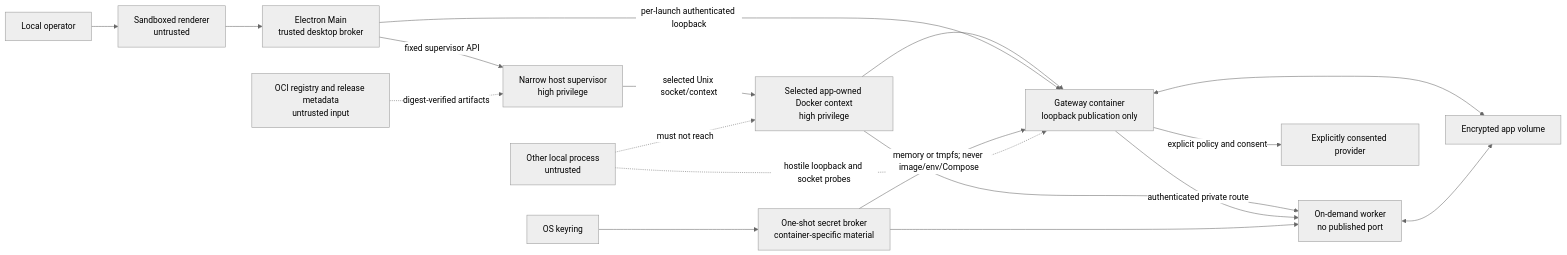
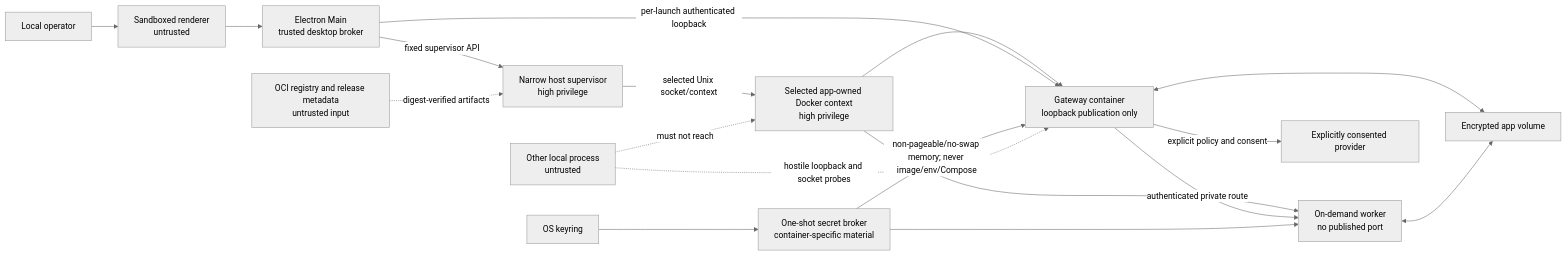
The second of 3 diagrams in docs/THREAT_MODEL.md (sodejm/AncestryLLM), drawn with Mermaid (neutral theme) before and after one commit. The commit also changed other lines of this file and 5 other files, not shown here.

Commit message:
docs: address deployment architecture review

````diff
--- a/docs/THREAT_MODEL.md
+++ b/docs/THREAT_MODEL.md
@@ -149,32 +149,32 @@
 ```mermaid
 flowchart LR
     User["Local operator"]
     Renderer["Sandboxed renderer\nuntrusted"]
     Main["Electron Main\ntrusted desktop broker"]
     Supervisor["Narrow host supervisor\nhigh privilege"]
     Engine["Selected app-owned Docker context\nhigh privilege"]
     Gateway["Gateway container\nloopback publication only"]
     Worker["On-demand worker\nno published port"]
     Keyring["OS keyring"]
     Broker["One-shot secret broker\ncontainer-specific material"]
     Volume["Encrypted app volume"]
     Provider["Explicitly consented provider"]
     LocalProcess["Other local process\nuntrusted"]
     Registry["OCI registry and release metadata\nuntrusted input"]
 
     User --> Renderer --> Main
     Main -->|"fixed supervisor API"| Supervisor
     Supervisor -->|"selected Unix socket/context"| Engine
     Registry -. "digest-verified artifacts" .-> Supervisor
     Engine --> Gateway
     Engine --> Worker
     Main -->|"per-launch authenticated loopback"| Gateway
     Gateway -->|"authenticated private route"| Worker
-    Keyring --> Broker -->|"memory or tmpfs; never image/env/Compose"| Gateway
+    Keyring --> Broker -->|"non-pageable/no-swap memory; never image/env/Compose"| Gateway
     Broker --> Worker
     Gateway <--> Volume
     Worker <--> Volume
     Gateway -->|"explicit policy and consent"| Provider
     LocalProcess -. "hostile loopback and socket probes" .-> Gateway
     LocalProcess -. "must not reach" .-> Engine
 ```
````
